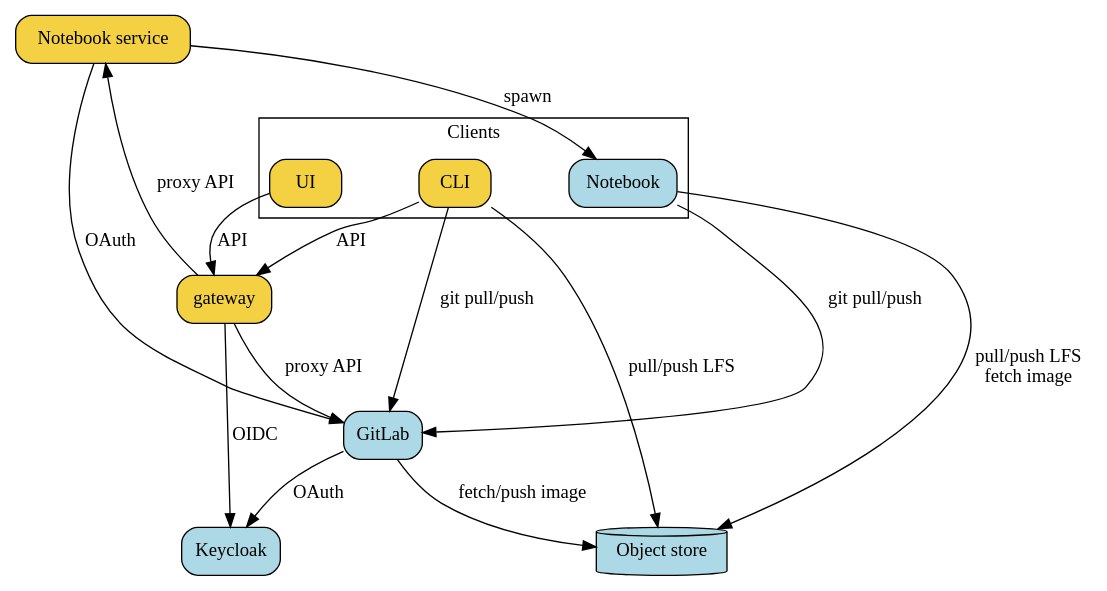
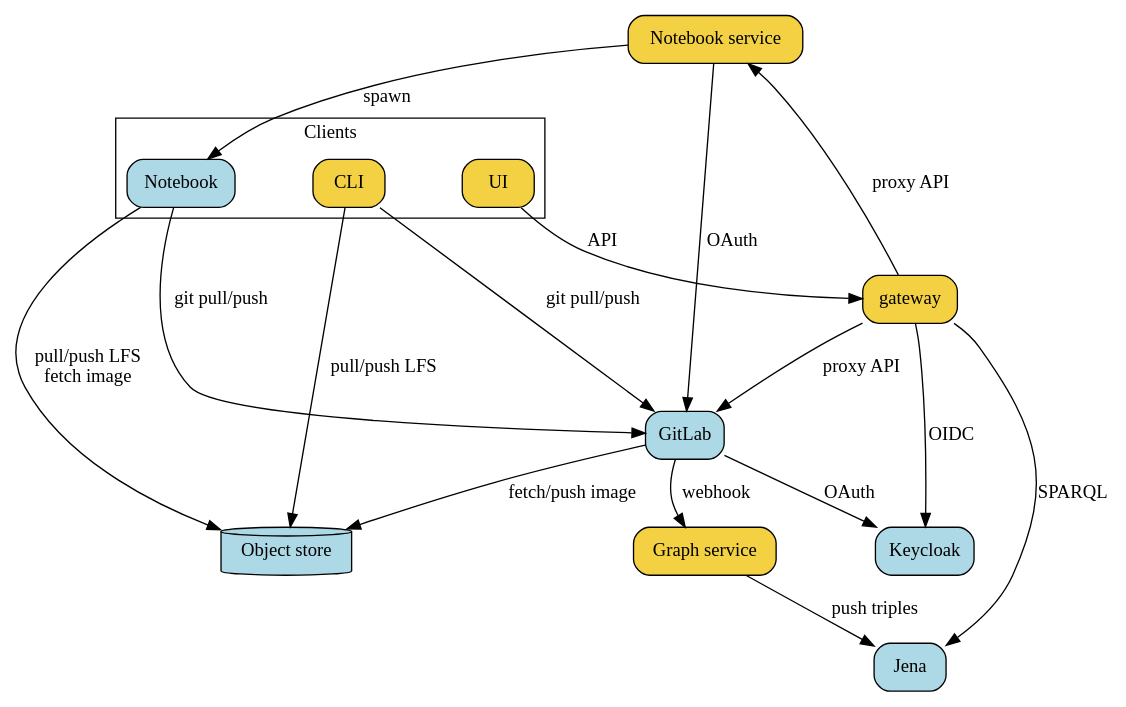
One commit to SwissDataScienceCenter/renku changed the diagram in docs/_static/graphviz/renku_architecture.dot. Above: the diagram before and after it, drawn with Graphviz. The commit also changed 5 other files, not shown here.

Commit message:
docs: added graph service

```diff
--- a/docs/_static/graphviz/renku_architecture.dot
+++ b/docs/_static/graphviz/renku_architecture.dot
@@ -1,49 +1,53 @@
 strict digraph architecture {
   compound=true;
   newrank=true;
-  ordering=out;
+  // ordering=out;
 
   graph [fontname="Raleway", nodesep="0.8"];
   node [shape="rect", style="filled,rounded", fontname="Raleway"];
   edge [fontname="Raleway"]
 
 
   # main off-the-shelf services
   GitLab [fillcolor="lightblue" URL="../developer/services/notebooks_service.html#image-builds" target="_graphviz"]
   Keycloak [fillcolor="lightblue"]
   JupyterHub [label="Notebook service" fillcolor="#f4d142" URL="../developer/services/notebooks_service.html" target="_graphviz"]
   Notebook [fillcolor="lightblue"]
+  Jena [fillcolor="lightblue"]
 
   # clients
   UI [fillcolor="#f4d142"]
   CLI [fillcolor="#f4d142"]
 
   gateway [fillcolor="#f4d142" URL="../developer/services/api_gateway.html" target="_graphviz"]
+  "Graph service" [fillcolor="#f4d142" URL="../developer/services/graph_service.html" target="_graphviz"]
 
   storage [fillcolor="lightblue", label="Object store", shape="cylinder"]
 
   subgraph cluster_clients {
     label="Clients"
     UI
     CLI
     Notebook
     {rank=same; UI, CLI, Notebook};
   }
 
   JupyterHub -> Notebook [label=" spawn"]
 
   CLI -> GitLab [label=" git pull/push"]
   Notebook -> GitLab [label=" git pull/push"]
   Notebook -> storage [label=" pull/push LFS\n fetch image"]
-  CLI -> gateway [label=" API"]
   UI -> gateway [label=" API"]
   GitLab -> Keycloak [label=" OAuth"]
   JupyterHub -> GitLab [label=" OAuth"]
   gateway -> GitLab [label=" proxy API"]
   gateway -> JupyterHub [label=" proxy API"]
   gateway -> Keycloak [label=" OIDC"]
   GitLab -> storage [label=" fetch/push image"]
   CLI -> storage [label=" pull/push LFS"]
+  GitLab -> "Graph service" [label=" webhook"]
+  "Graph service" -> Jena [label=" push triples"]
+  gateway -> Jena [label=" SPARQL"]
 
   {rank=0; UI}
 }
```
